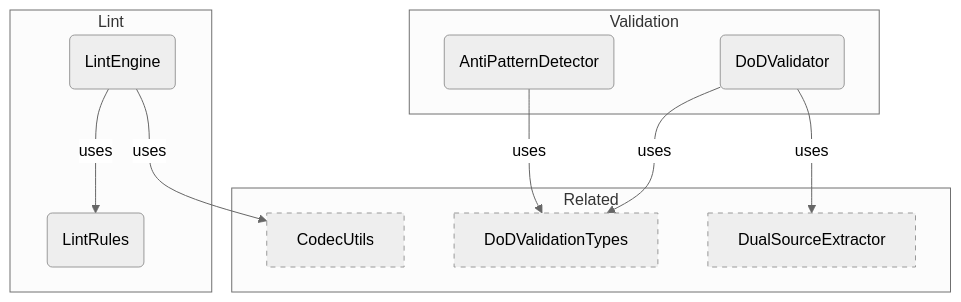
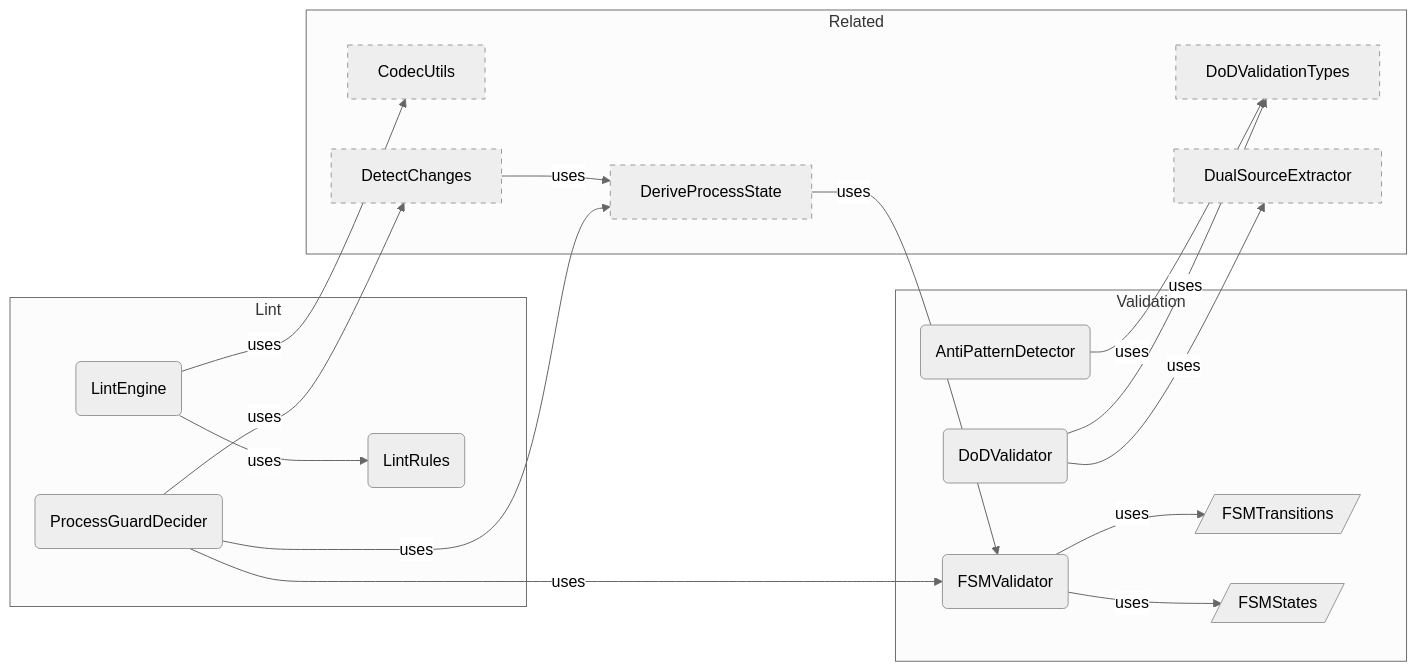
The second of 2 diagrams in docs-live/product-areas/VALIDATION.md (libar-dev/architect), drawn with Mermaid (neutral theme) before and after one commit. The commit also changed other lines of this file and 55 other files, not shown here.

````diff
--- a/docs-live/product-areas/VALIDATION.md
+++ b/docs-live/product-areas/VALIDATION.md
@@ -22,22 +63,35 @@
 ```mermaid
-graph TB
+graph LR
     subgraph lint["Lint"]
         LintRules("LintRules")
         LintEngine("LintEngine")
+        ProcessGuardDecider("ProcessGuardDecider")
     end
     subgraph validation["Validation"]
         DoDValidator("DoDValidator")
         AntiPatternDetector("AntiPatternDetector")
+        FSMValidator("FSMValidator")
+        FSMTransitions[/"FSMTransitions"/]
+        FSMStates[/"FSMStates"/]
     end
     subgraph related["Related"]
         CodecUtils["CodecUtils"]:::neighbor
         DoDValidationTypes["DoDValidationTypes"]:::neighbor
         DualSourceExtractor["DualSourceExtractor"]:::neighbor
+        DetectChanges["DetectChanges"]:::neighbor
+        DeriveProcessState["DeriveProcessState"]:::neighbor
     end
     DoDValidator -->|uses| DoDValidationTypes
     DoDValidator -->|uses| DualSourceExtractor
     AntiPatternDetector -->|uses| DoDValidationTypes
     LintEngine -->|uses| LintRules
     LintEngine -->|uses| CodecUtils
+    FSMValidator -->|uses| FSMTransitions
+    FSMValidator -->|uses| FSMStates
+    ProcessGuardDecider -->|uses| FSMValidator
+    ProcessGuardDecider -->|uses| DeriveProcessState
+    ProcessGuardDecider -->|uses| DetectChanges
+    DetectChanges -->|uses| DeriveProcessState
+    DeriveProcessState -->|uses| FSMValidator
     classDef neighbor stroke-dasharray: 5 5
 ```
````
